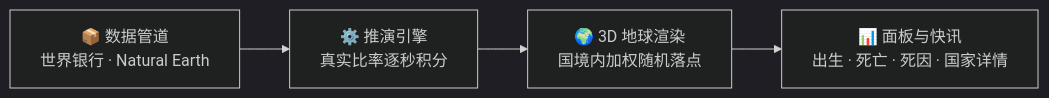
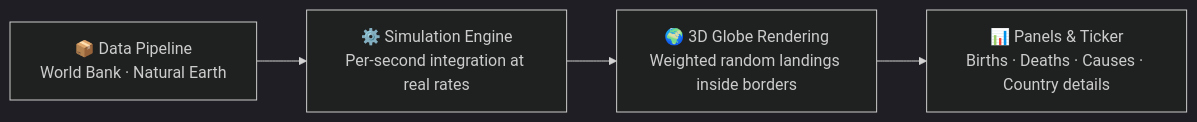
Before and after one commit to Mocas-12/The-Global-Pulse: the diagram in README.md, drawn with Mermaid (dark theme). The commit also changed other lines of this file and 1 other file, not shown here.

````diff
--- a/README.md
+++ b/README.md
@@ -63,6 +65,6 @@
 ```mermaid
 flowchart LR
-    A[📦 数据管道<br/>世界银行 · Natural Earth] --> B[⚙️ 推演引擎<br/>真实比率逐秒积分]
-    B --> C[🌍 3D 地球渲染<br/>国境内加权随机落点]
-    C --> D[📊 面板与快讯<br/>出生 · 死亡 · 死因 · 国家详情]
+    A[📦 Data Pipeline<br/>World Bank · Natural Earth] --> B[⚙️ Simulation Engine<br/>Per-second integration at real rates]
+    B --> C[🌍 3D Globe Rendering<br/>Weighted random landings inside borders]
+    C --> D[📊 Panels & Ticker<br/>Births · Deaths · Causes · Country details]
 ```
````
